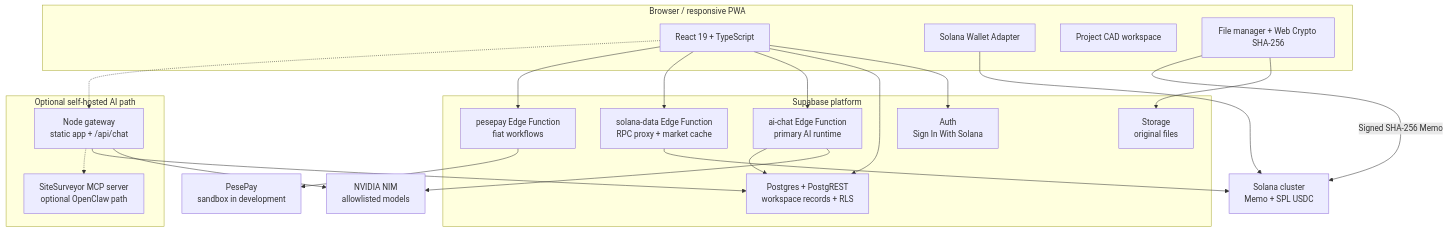
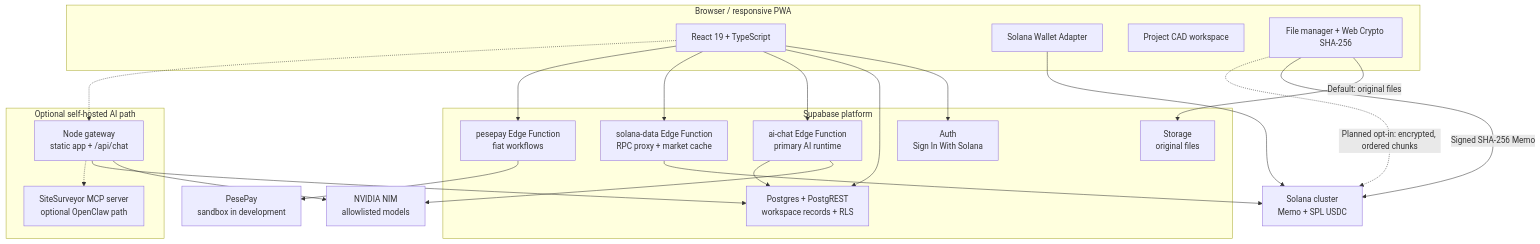
The first of 3 diagrams in DESIGN.md (ConsoleMangena/sitesurveyor-framework), drawn with Mermaid before and after one commit. The commit also changed other lines of this file and 5 other files, not shown here.

````diff
--- a/DESIGN.md
+++ b/DESIGN.md
@@ -19,44 +19,45 @@
 ```mermaid
 flowchart TB
     subgraph Client["Browser / responsive PWA"]
         UI["React 19 + TypeScript"]
         WA["Solana Wallet Adapter"]
         CAD["Project CAD workspace"]
         FM["File manager + Web Crypto SHA-256"]
     end
 
     subgraph Supabase["Supabase platform"]
         AUTH["Auth<br/>Sign In With Solana"]
         DB["Postgres + PostgREST<br/>workspace records + RLS"]
         STORE["Storage<br/>original files"]
         AI["ai-chat Edge Function<br/>primary AI runtime"]
         SD["solana-data Edge Function<br/>RPC proxy + market cache"]
         PP["pesepay Edge Function<br/>fiat workflows"]
     end
 
     subgraph AIHost["Optional self-hosted AI path"]
         NODE["Node gateway<br/>static app + /api/chat"]
         MCP["SiteSurveyor MCP server<br/>optional OpenClaw path"]
     end
 
     SOL["Solana cluster<br/>Memo + SPL USDC"]
     NIM["NVIDIA NIM<br/>allowlisted models"]
     FIAT["PesePay<br/>sandbox in development"]
 
     UI --> AUTH
     UI --> DB
-    FM --> STORE
+    FM -->|"Default: original files"| STORE
     UI --> AI
     UI --> SD
     UI --> PP
     WA --> SOL
     FM -->|"Signed SHA-256 Memo"| SOL
+    FM -. "Planned opt-in: encrypted, ordered chunks" .-> SOL
     AI --> NIM
     AI --> DB
     NODE --> NIM
     NODE --> DB
     NODE -.-> MCP
     UI -.-> NODE
     SD --> SOL
     PP --> FIAT
 ```
````
